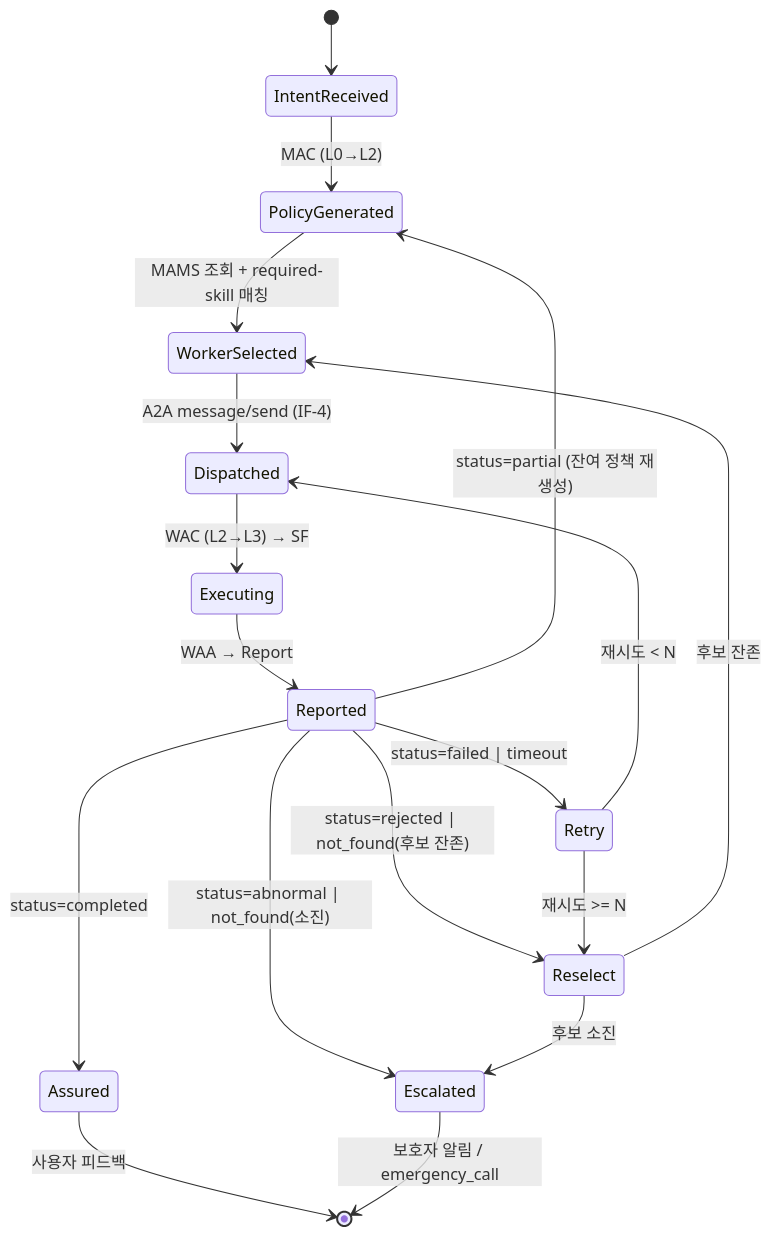
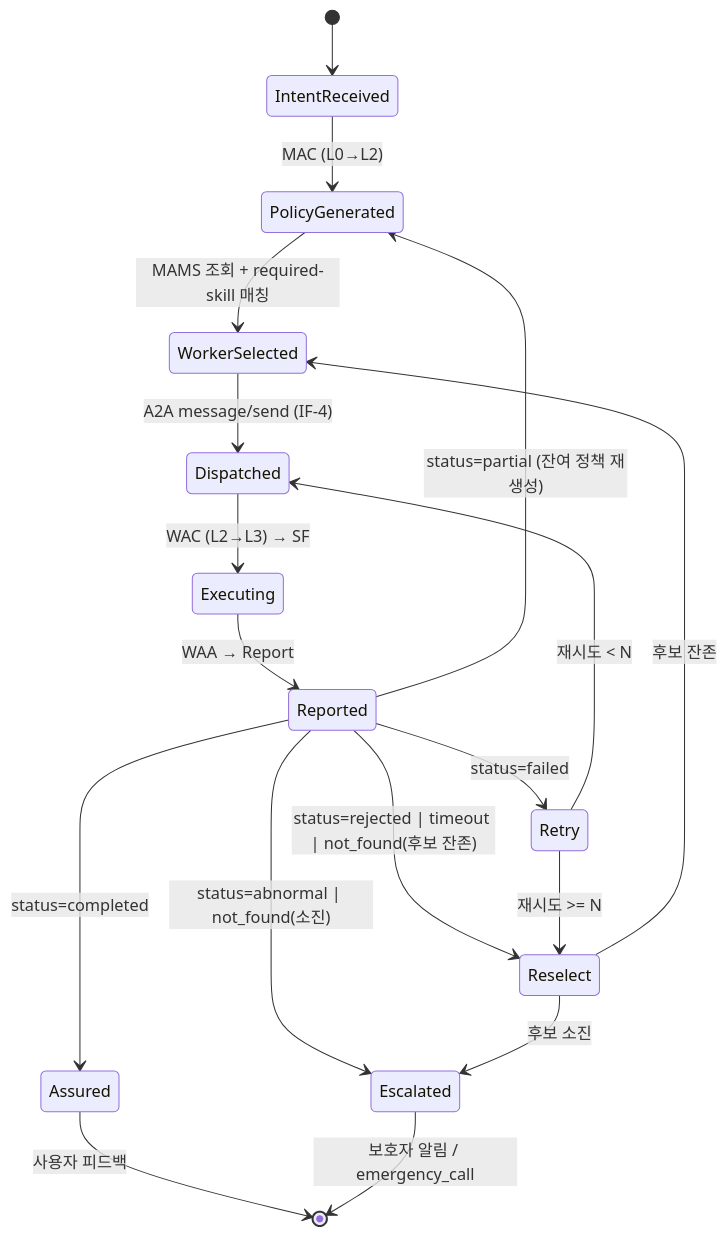
Before and after one commit to kunghun-jeong/Ai-living-care: the first of 2 diagrams in docs/spec/AI-Care_Unified_Architecture_Spec_v0.2.md, drawn with Mermaid. The commit also changed other lines of this file and 18 other files, not shown here.

````diff
--- a/docs/spec/AI-Care_Unified_Architecture_Spec_v0.2.md
+++ b/docs/spec/AI-Care_Unified_Architecture_Spec_v0.2.md
@@ -456,23 +458,23 @@
 ```mermaid
 stateDiagram-v2
     [*] --> IntentReceived
     IntentReceived --> PolicyGenerated : MAC (L0→L2)
     PolicyGenerated --> WorkerSelected : MAMS 조회 + required-skill 매칭
     WorkerSelected --> Dispatched : A2A message/send (IF-4)
     Dispatched --> Executing : WAC (L2→L3) → SF
     Executing --> Reported : WAA → Report
 
     Reported --> Assured : status=completed
     Reported --> Escalated : status=abnormal | not_found(소진)
-    Reported --> Retry : status=failed | timeout
-    Reported --> Reselect : status=rejected | not_found(후보 잔존)
+    Reported --> Retry : status=failed
+    Reported --> Reselect : status=rejected | timeout | not_found(후보 잔존)
     Reported --> PolicyGenerated : status=partial (잔여 정책 재생성)
 
     Retry --> Dispatched : 재시도 < N
     Retry --> Reselect : 재시도 >= N
     Reselect --> WorkerSelected : 후보 잔존
     Reselect --> Escalated : 후보 소진
 
     Assured --> [*] : 사용자 피드백
     Escalated --> [*] : 보호자 알림 / emergency_call
 ```
````
